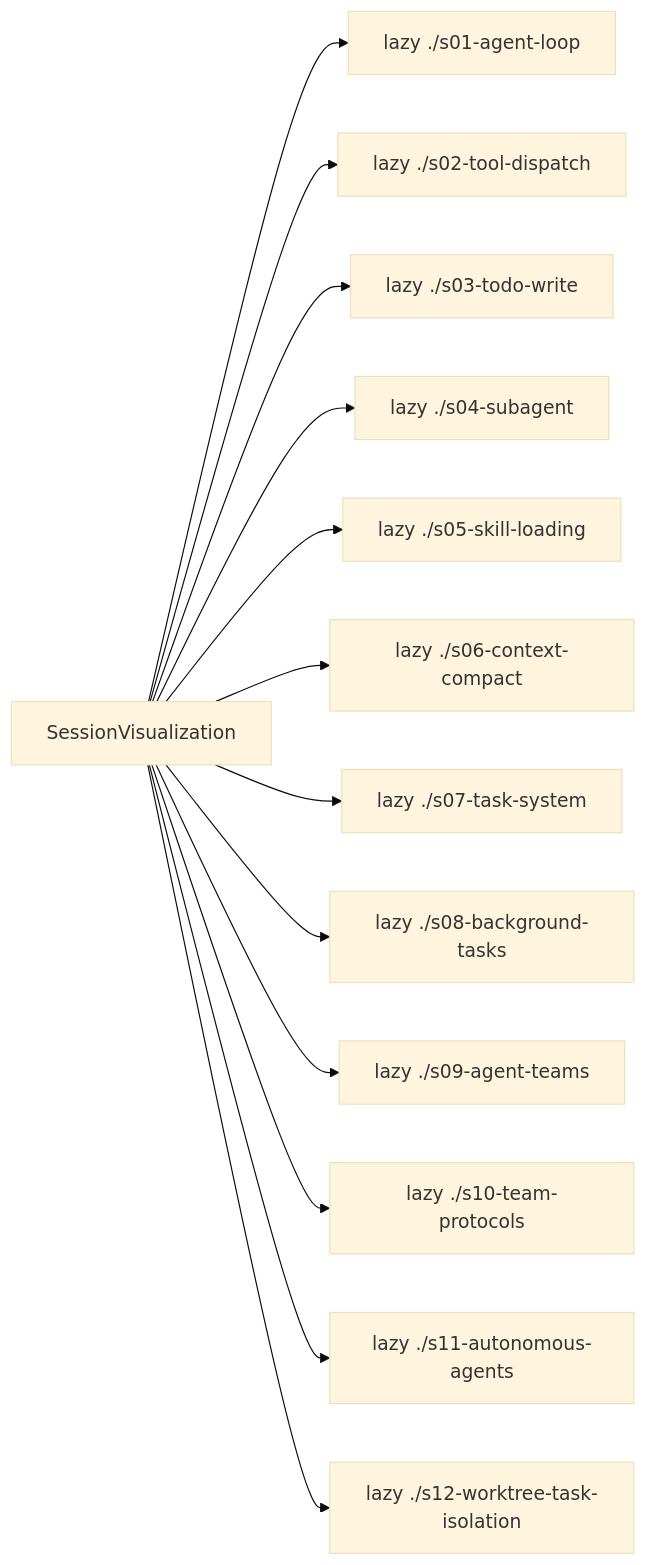
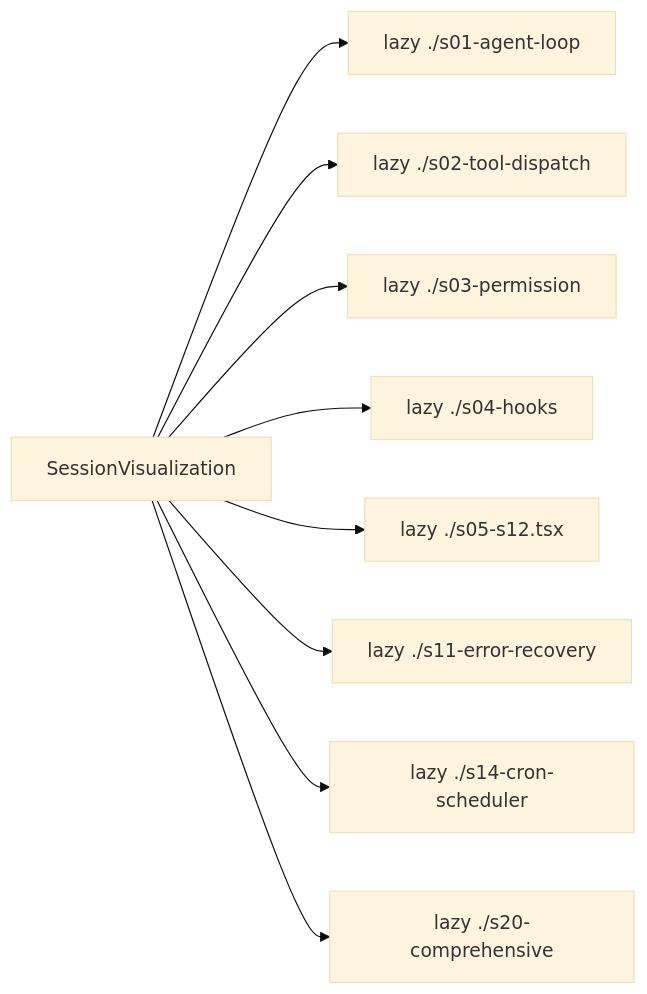
The ninth of 15 diagrams in .qoder/repowiki/zh/content/可视化学习平台/可视化学习平台.md (haolange/learn-claude-code), drawn with Mermaid (base theme) before and after one commit. The commit also changed other lines of this file and 6 other files, not shown here.

````diff
--- a/.qoder/repowiki/zh/content/可视化学习平台/可视化学习平台.md
+++ b/.qoder/repowiki/zh/content/可视化学习平台/可视化学习平台.md
@@ -395,15 +400,11 @@
 ```mermaid
 graph LR
 V["SessionVisualization"] --> L1["lazy ./s01-agent-loop"]
 V --> L2["lazy ./s02-tool-dispatch"]
-V --> L3["lazy ./s03-todo-write"]
-V --> L4["lazy ./s04-subagent"]
-V --> L5["lazy ./s05-skill-loading"]
-V --> L6["lazy ./s06-context-compact"]
-V --> L7["lazy ./s07-task-system"]
-V --> L8["lazy ./s08-background-tasks"]
-V --> L9["lazy ./s09-agent-teams"]
-V --> L10["lazy ./s10-team-protocols"]
-V --> L11["lazy ./s11-autonomous-agents"]
-V --> L12["lazy ./s12-worktree-task-isolation"]
+V --> L3["lazy ./s03-permission"]
+V --> L4["lazy ./s04-hooks"]
+V --> L5["lazy ./s05-s12.tsx"]
+V --> L6["lazy ./s11-error-recovery"]
+V --> L7["lazy ./s14-cron-scheduler"]
+V --> L8["lazy ./s20-comprehensive"]
 ```
````
